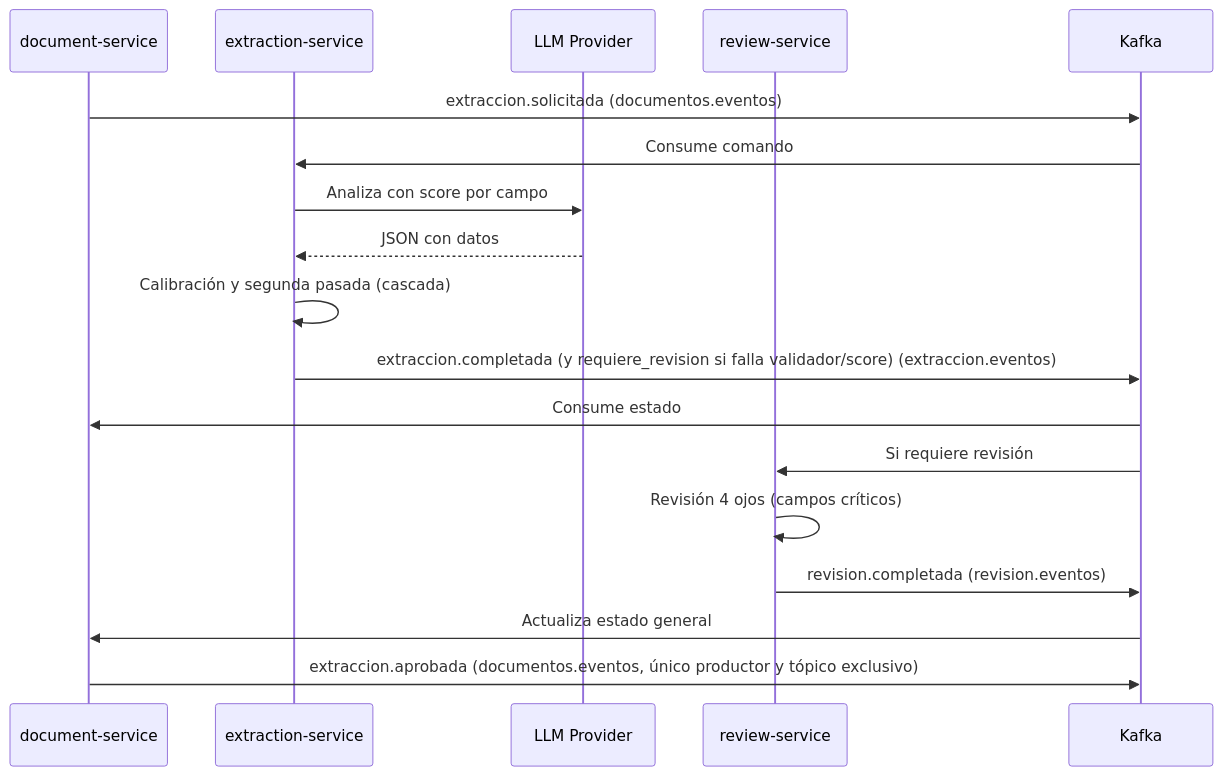
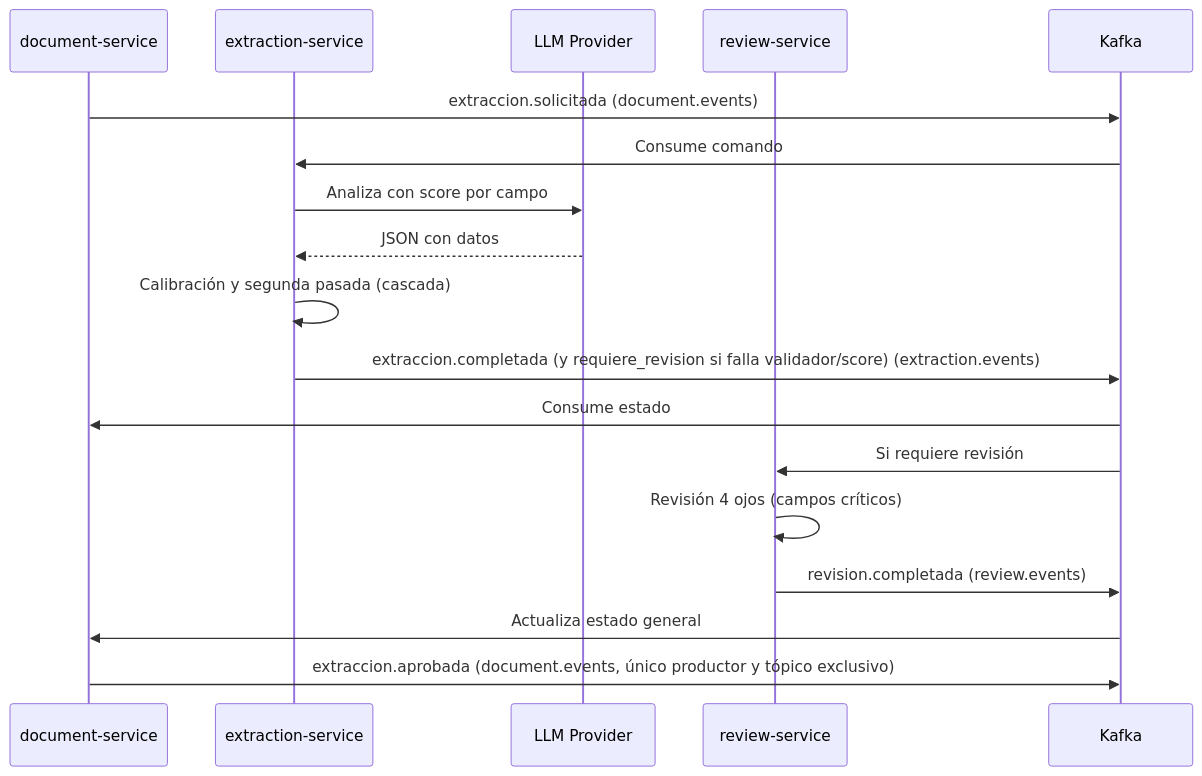
The third of 3 diagrams in docs/arquitectura.md (IngKevin95/IDP_ExtraccionDocumentos), drawn with Mermaid before and after one commit. The commit also changed other lines of this file and 44 other files, not shown here.

````diff
--- a/docs/arquitectura.md
+++ b/docs/arquitectura.md
@@ -255,20 +255,20 @@
 ```mermaid
 sequenceDiagram
     participant DS as document-service
     participant ES as extraction-service
     participant LLM as LLM Provider
     participant RS as review-service
     
-    DS->>Kafka: extraccion.solicitada (documentos.eventos)
+    DS->>Kafka: extraccion.solicitada (document.events)
     Kafka->>ES: Consume comando
     ES->>LLM: Analiza con score por campo
     LLM-->>ES: JSON con datos
     ES->>ES: Calibración y segunda pasada (cascada)
-    ES->>Kafka: extraccion.completada (y requiere_revision si falla validador/score) (extraccion.eventos)
+    ES->>Kafka: extraccion.completada (y requiere_revision si falla validador/score) (extraction.events)
     Kafka->>DS: Consume estado
     Kafka->>RS: Si requiere revisión
     RS->>RS: Revisión 4 ojos (campos críticos)
-    RS->>Kafka: revision.completada (revision.eventos)
+    RS->>Kafka: revision.completada (review.events)
     Kafka->>DS: Actualiza estado general
-    DS->>Kafka: extraccion.aprobada (documentos.eventos, único productor y tópico exclusivo)
+    DS->>Kafka: extraccion.aprobada (document.events, único productor y tópico exclusivo)
 ```
````
